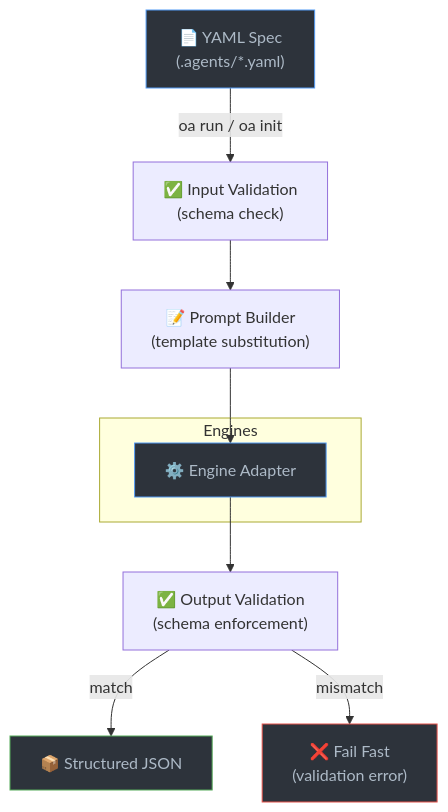
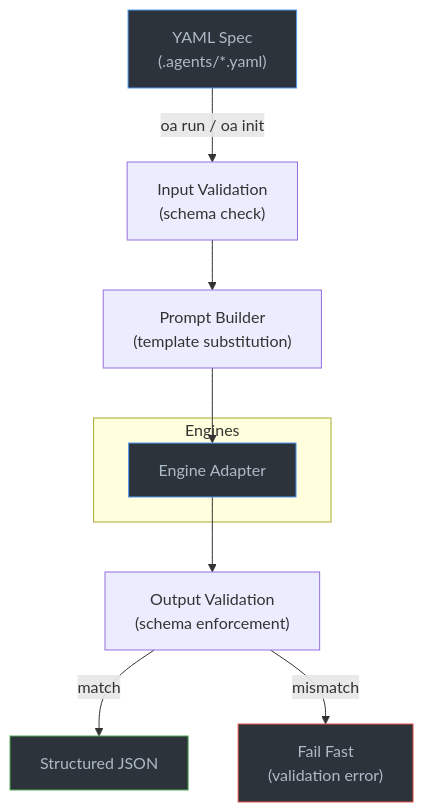
One commit to prime-vector/open-agent-spec changed the diagram in README.md. Above: the diagram before and after it, drawn with Mermaid.

Commit message:
chore: remove emojis from architecture diagram

````diff
--- a/README.md
+++ b/README.md
@@ -13,18 +13,18 @@
 ```mermaid
 flowchart TD
-    A["📄 YAML Spec\n(.agents/*.yaml)"] -->|"oa run / oa init"| B["✅ Input Validation\n(schema check)"]
-    B --> C["📝 Prompt Builder\n(template substitution)"]
-    C --> D["⚙️ Engine Adapter"]
-    D --> E["✅ Output Validation\n(schema enforcement)"]
-    E -->|"match"| F["📦 Structured JSON"]
-    E -->|"mismatch"| G["❌ Fail Fast\n(validation error)"]
+    A["YAML Spec\n(.agents/*.yaml)"] -->|"oa run / oa init"| B["Input Validation\n(schema check)"]
+    B --> C["Prompt Builder\n(template substitution)"]
+    C --> D["Engine Adapter"]
+    D --> E["Output Validation\n(schema enforcement)"]
+    E -->|"match"| F["Structured JSON"]
+    E -->|"mismatch"| G["Fail Fast\n(validation error)"]
 
     subgraph Engines
         D
     end
 
     style A fill:#2d333b,stroke:#539bf5,color:#adbac7
     style F fill:#2d333b,stroke:#57ab5a,color:#adbac7
     style G fill:#2d333b,stroke:#e5534b,color:#adbac7
     style D fill:#2d333b,stroke:#539bf5,color:#adbac7
 ```
````
